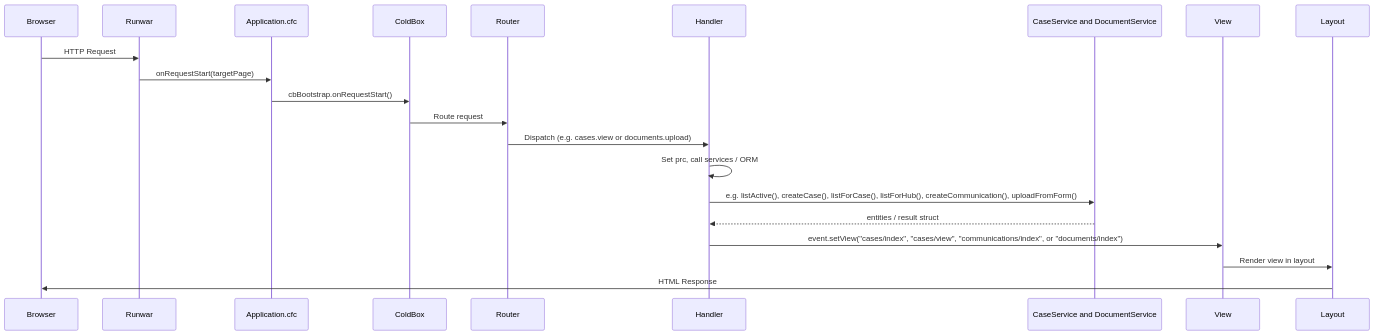
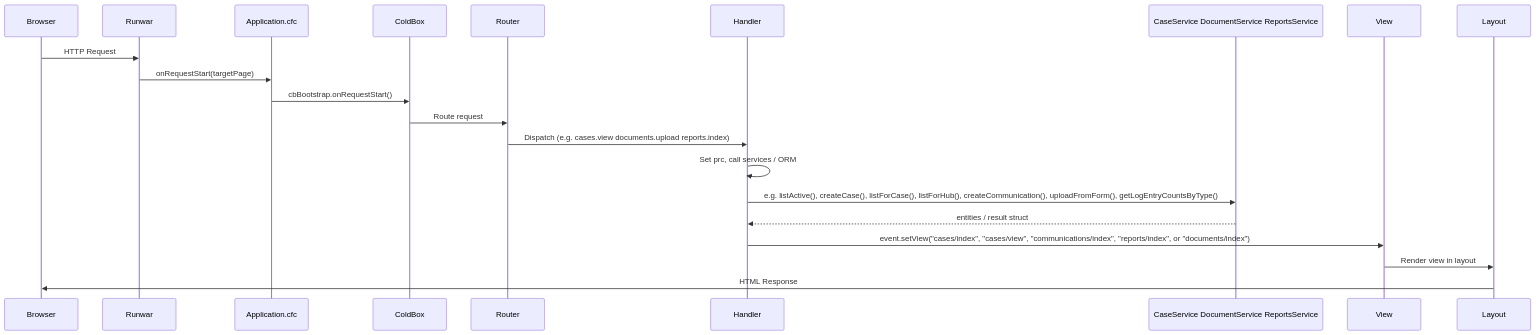
Before and after one commit to mattburnett-repo/servepoint: the first of 2 diagrams in design/mermaid/request-lifecycle.md, drawn with Mermaid. The commit also changed other lines of this file and 20 other files, not shown here.

````diff
--- a/design/mermaid/request-lifecycle.md
+++ b/design/mermaid/request-lifecycle.md
@@ -5,24 +5,24 @@
 ```mermaid
 sequenceDiagram
     participant Browser
     participant Runwar
     participant AppCfc as Application.cfc
     participant ColdBox
     participant Router
     participant Handler
-    participant Service as CaseService and DocumentService
+    participant Service as CaseService DocumentService ReportsService
     participant View
     participant Layout
 
     Browser->>Runwar: HTTP Request
     Runwar->>AppCfc: onRequestStart(targetPage)
     AppCfc->>ColdBox: cbBootstrap.onRequestStart()
     ColdBox->>Router: Route request
-    Router->>Handler: Dispatch (e.g. cases.view or documents.upload)
+    Router->>Handler: Dispatch (e.g. cases.view documents.upload reports.index)
     Handler->>Handler: Set prc, call services / ORM
-    Handler->>Service: e.g. listActive(), createCase(), listForCase(), listForHub(), createCommunication(), uploadFromForm()
+    Handler->>Service: e.g. listActive(), createCase(), listForCase(), listForHub(), createCommunication(), uploadFromForm(), getLogEntryCountsByType()
     Service-->>Handler: entities / result struct
-    Handler->>View: event.setView("cases/index", "cases/view", "communications/index", or "documents/index")
+    Handler->>View: event.setView("cases/index", "cases/view", "communications/index", "reports/index", or "documents/index")
     View->>Layout: Render view in layout
     Layout->>Browser: HTML Response
 ```
````
